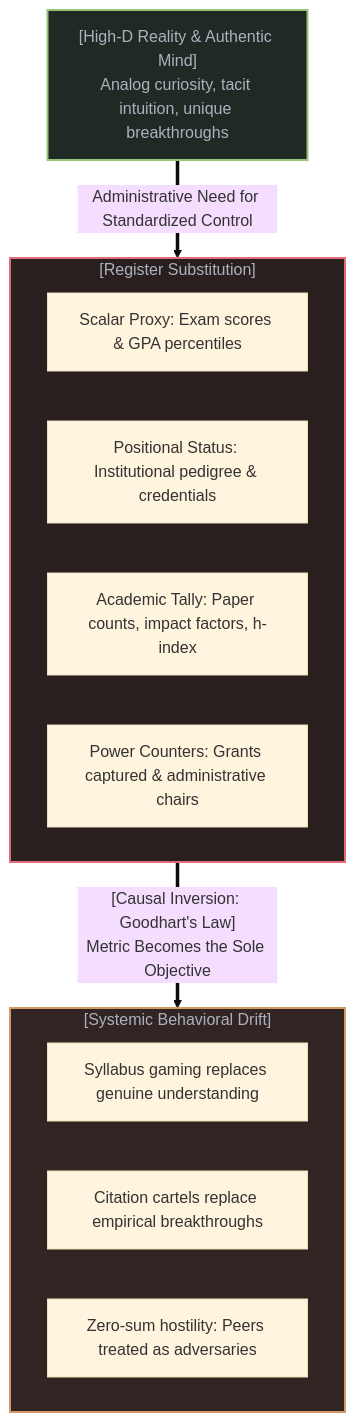
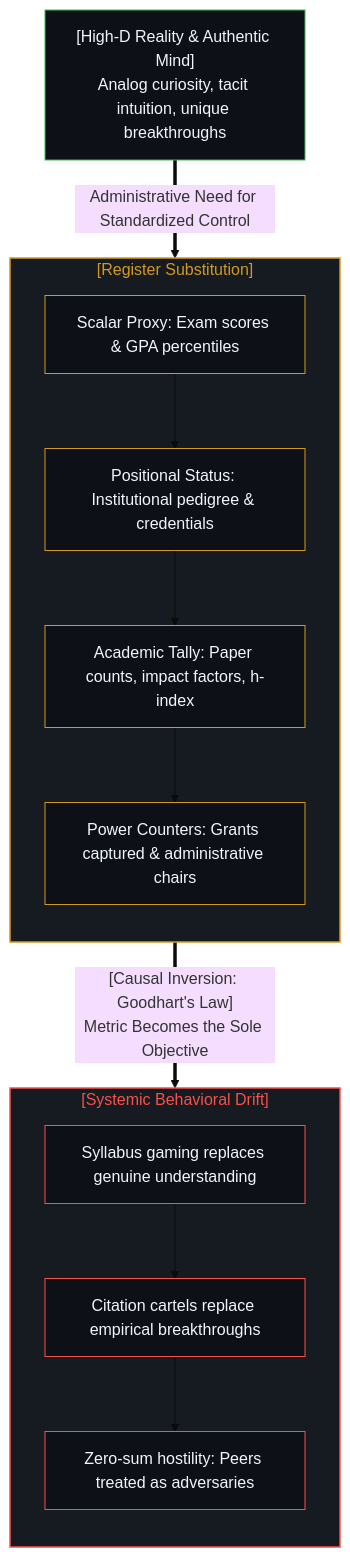
Before and after one commit to powerpig99/not-a-toe: the fourth of 10 diagrams in content/posts/the-reversal-of-education-and-science.md, drawn with Mermaid (base theme). The commit also changed other lines of this file and 11 other files, not shown here.

````diff
--- a/content/posts/the-reversal-of-education-and-science.md
+++ b/content/posts/the-reversal-of-education-and-science.md
@@ -148,25 +154,36 @@
 ```mermaid
-graph TD
-    HighDReality["[High-D Reality & Authentic Mind]<br>Analog curiosity, tacit intuition, unique breakthroughs"]
+flowchart TD
+    HighDReality["[High-D Reality & Authentic Mind]<br/>Analog curiosity, tacit intuition, unique breakthroughs"]
     
-    HighDReality ==>|"Administrative Need for Standardized Control"| LowDRegister
+    HighDReality ==>|"Administrative Need for Standardized Control"| S_LowD
     
-    subgraph LowDRegister["[Register Substitution]"]
+    subgraph S_LowD["[Register Substitution]"]
+        direction TB
         Metric1["Scalar Proxy: Exam scores & GPA percentiles"]
         Metric2["Positional Status: Institutional pedigree & credentials"]
         Metric3["Academic Tally: Paper counts, impact factors, h-index"]
         Metric4["Power Counters: Grants captured & administrative chairs"]
+        Metric1 --> Metric2 --> Metric3 --> Metric4
     end
     
-    LowDRegister ==>|"[Causal Inversion: Goodhart's Law]<br>Metric Becomes the Sole Objective"| BehaviorDrift
+    S_LowD ==>|"[Causal Inversion: Goodhart's Law]<br/>Metric Becomes the Sole Objective"| S_Drift
     
-    subgraph BehaviorDrift["[Systemic Behavioral Drift]"]
+    subgraph S_Drift["[Systemic Behavioral Drift]"]
+        direction TB
         DriftA["Syllabus gaming replaces genuine understanding"]
         DriftB["Citation cartels replace empirical breakthroughs"]
         DriftC["Zero-sum hostility: Peers treated as adversaries"]
+        DriftA --> DriftB --> DriftC
     end
 
-    style HighDReality fill:#1f2a24,stroke:#98c379,stroke-width:2px,color:#abb2bf
-    style LowDRegister fill:#2a1f1f,stroke:#e06c75,stroke-width:2px,color:#abb2bf
-    style BehaviorDrift fill:#332424,stroke:#d19a66,stroke-width:2px,color:#abb2bf
+    style HighDReality fill:#0d1117,stroke:#3fb950,stroke-width:1px,color:#f0f6fc
+    style S_LowD fill:#161b22,stroke:#d29922,stroke-width:1.5px,color:#d29922
+    style S_Drift fill:#161b22,stroke:#f85149,stroke-width:1.5px,color:#f85149
+    style Metric1 fill:#0d1117,stroke:#d29922,stroke-width:1px,color:#f0f6fc
+    style Metric2 fill:#0d1117,stroke:#d29922,stroke-width:1px,color:#f0f6fc
+    style Metric3 fill:#0d1117,stroke:#d29922,stroke-width:1px,color:#f0f6fc
+    style Metric4 fill:#0d1117,stroke:#d29922,stroke-width:1px,color:#f0f6fc
+    style DriftA fill:#0d1117,stroke:#f85149,stroke-width:1px,color:#f0f6fc
+    style DriftB fill:#0d1117,stroke:#f85149,stroke-width:1px,color:#f0f6fc
+    style DriftC fill:#0d1117,stroke:#f85149,stroke-width:1px,color:#f0f6fc
 ```
````
